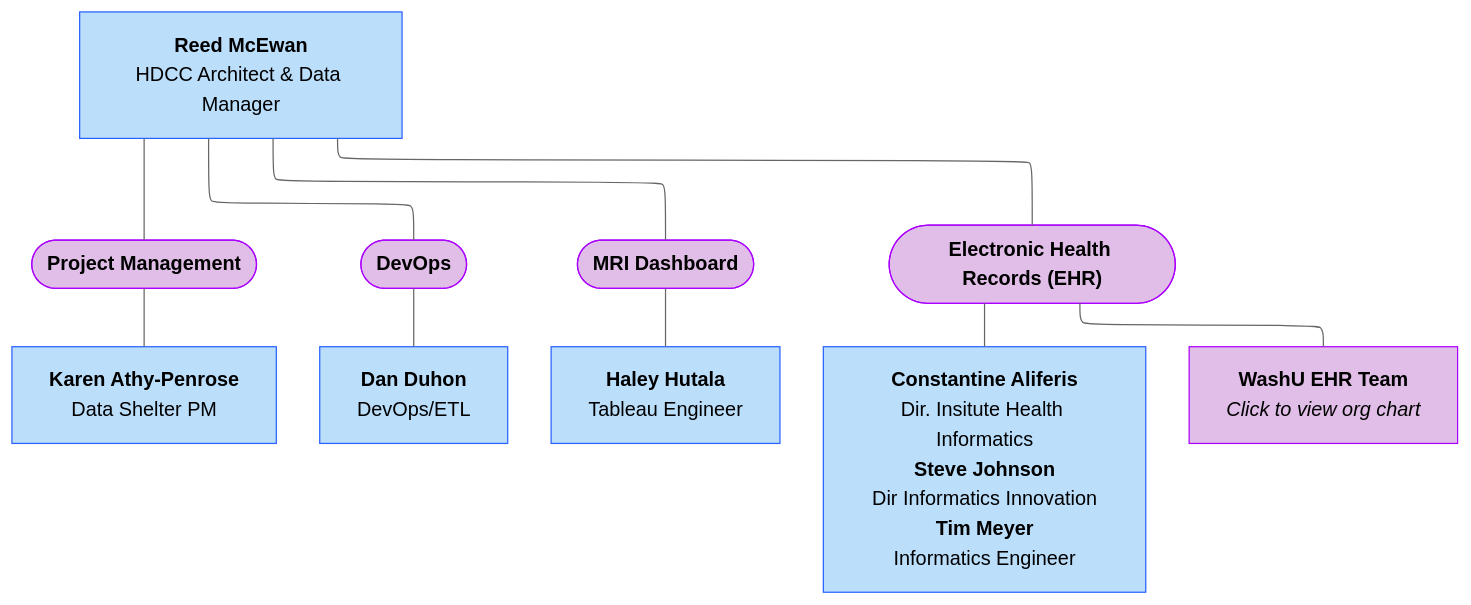
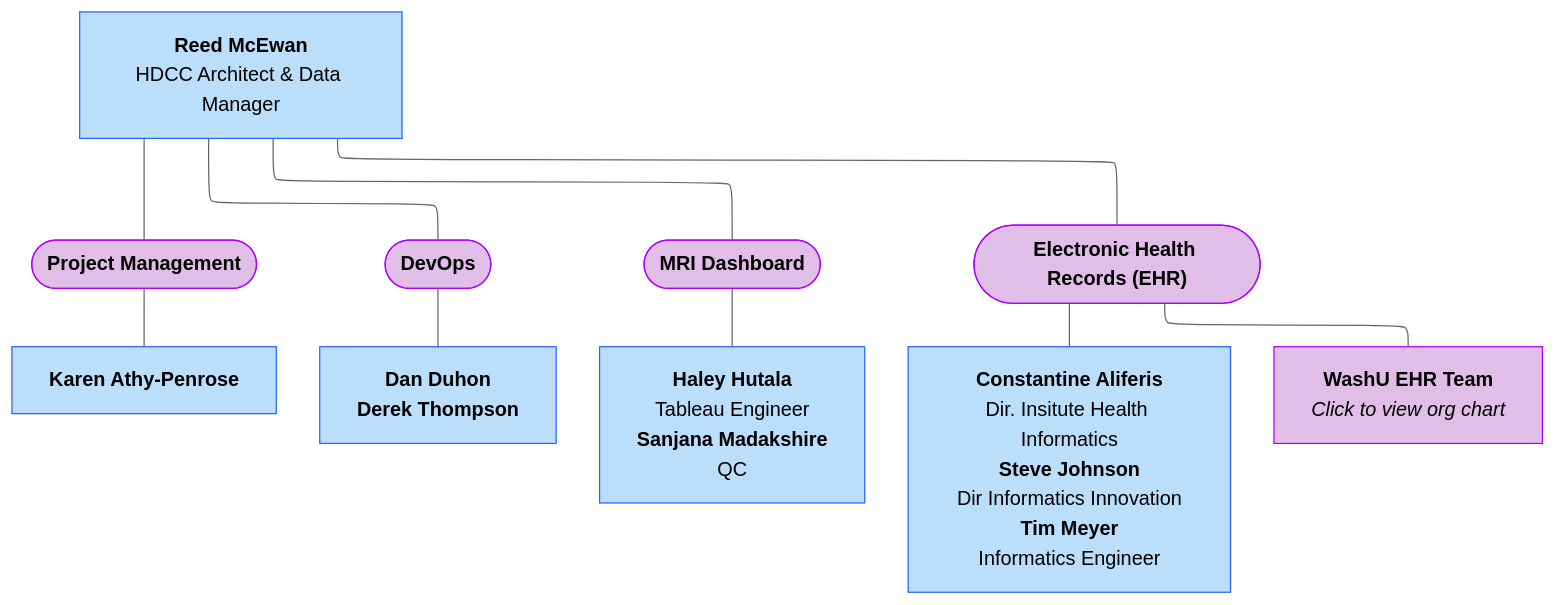
Before and after one commit to DCAN-Labs/hbcd-docs-internal: the fifth of 9 diagrams in docs/orgcharts.md, drawn with Mermaid (neutral theme).

Commit message:
add people to HST

````diff
--- a/docs/orgcharts.md
+++ b/docs/orgcharts.md
@@ -231,24 +231,23 @@
 ```mermaid
 ---
 config:
   layout: elk
 ---
 flowchart TB
     B["<b>Reed McEwan</b><br>HDCC Architect &amp; Data Manager"] --- n1(["<b>Project Management</b>"]) & n2(["<b>DevOps</b>"]) & n3(["<b>MRI Dashboard</b>"]) & n4(["<b>Electronic Health Records (EHR)</b>"])
-    n1 --- E["<b>Karen Athy-Penrose</b><br>Data Shelter PM"]
-    n2 --- F["<b>Dan Duhon</b><br>DevOps/ETL"]
-    n3 --- G["<b>Haley Hutala</b><br>Tableau Engineer"]
-    n4 --- H["<b>Constantine Aliferis</b><br>Dir. Insitute Health Informatics<br><b>Steve Johnson</b><br>Dir Informatics Innovation<br><b>Tim Meyer</b><br>Informatics Engineer"]
-    n4 --- n5["<b>WashU EHR Team<br></b><i>Click to view org chart</i>"]
+    n1 --- E["<b>Karen Athy-Penrose</b>"]
+    n2 --- F["<b>Dan Duhon<br>Derek Thompson</b>"]
+    n3 --- G["<b>Haley Hutala</b><br>Tableau Engineer<br><b>Sanjana Madakshire</b><br>QC"]
+    n4 --- H["<b>Constantine Aliferis</b><br>Dir. Insitute Health Informatics<br><b>Steve Johnson</b><br>Dir Informatics Innovation<br><b>Tim Meyer</b><br>Informatics Engineer"] & n5["<b>WashU EHR Team<br></b><i>Click to view org chart</i>"]
     style B fill:#BBDEFB,stroke:#2962FF
     style n1 fill:#E1BEE7,stroke:#AA00FF
     style n2 fill:#E1BEE7,stroke:#AA00FF
     style n3 fill:#E1BEE7,stroke:#AA00FF
     style n4 fill:#E1BEE7,stroke:#AA00FF
     style E fill:#BBDEFB,stroke:#2962FF
     style F fill:#BBDEFB,stroke:#2962FF
     style G fill:#BBDEFB,stroke:#2962FF
     style H fill:#BBDEFB,stroke:#2962FF
     style n5 fill:#E1BEE7,stroke:#AA00FF
     click n5 "#washu"
 ```
````
